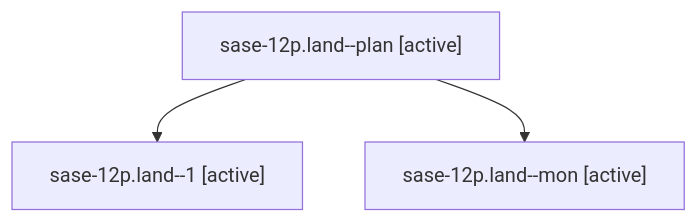
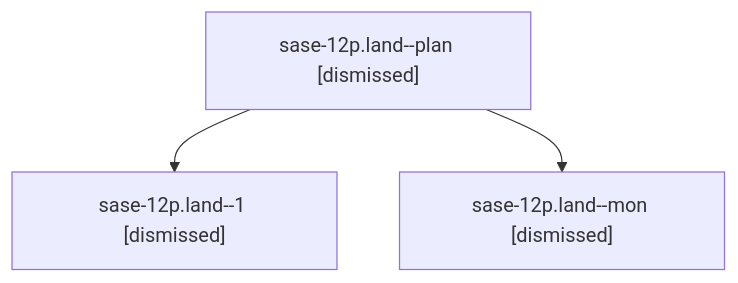
One commit to sase-org/sase--agents changed the diagram in sessions/bbugyi200.athena.sase-12p.land.md. Above: the diagram before and after it, drawn with Mermaid. The commit also changed other lines of this file and 198 other files, not shown here.

````diff
--- a/sessions/bbugyi200.athena.sase-12p.land.md
+++ b/sessions/bbugyi200.athena.sase-12p.land.md
@@ -9,8 +9,8 @@
 ```mermaid
 flowchart TD
-  n0["sase-12p.land--plan [active]"]
-  n1["sase-12p.land--1 [active]"]
+  n0["sase-12p.land--plan [dismissed]"]
+  n1["sase-12p.land--1 [dismissed]"]
   n0 --> n1
-  n2["sase-12p.land--mon [active]"]
+  n2["sase-12p.land--mon [dismissed]"]
   n0 --> n2
 ```
````
